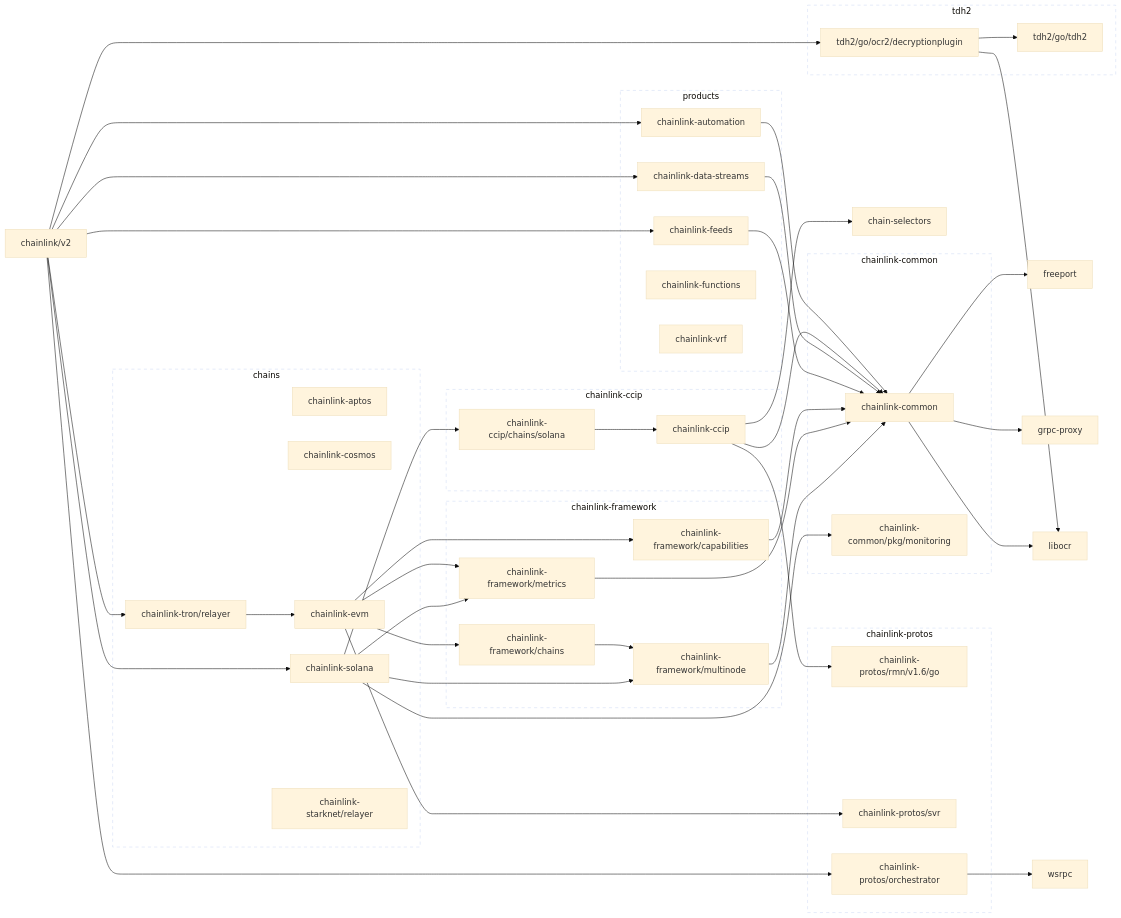
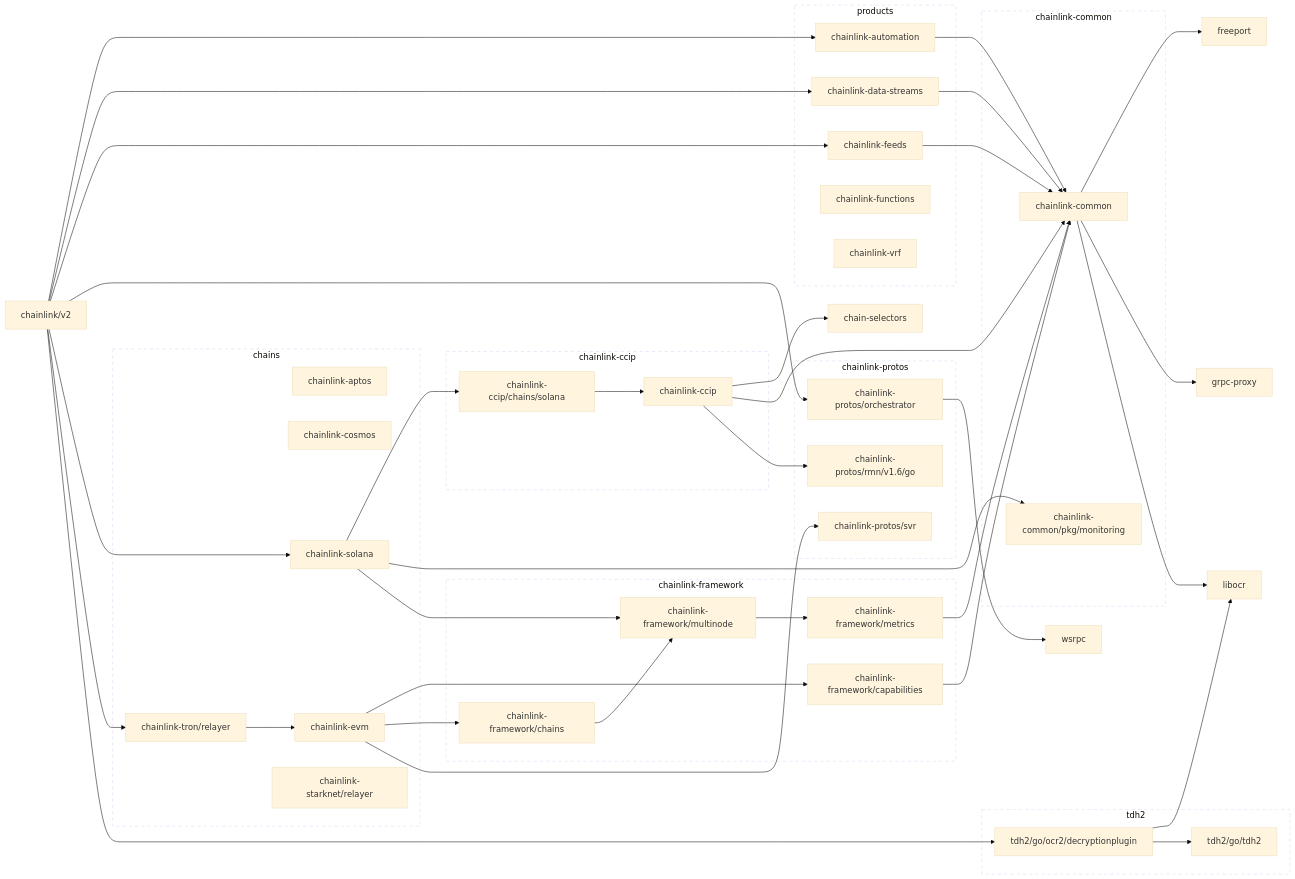
The first of 2 diagrams in go.md (smartcontractkit/chainlink), drawn with Mermaid (base theme) before and after one commit. The commit also changed other lines of this file, not shown here.

```diff
--- a/go.md
+++ b/go.md
@@ -42,7 +42,6 @@
 	click chainlink-data-streams href "https://github.com/smartcontractkit/chainlink-data-streams"
 	chainlink-evm --> chainlink-framework/capabilities
 	chainlink-evm --> chainlink-framework/chains
-	chainlink-evm --> chainlink-framework/metrics
 	chainlink-evm --> chainlink-protos/svr
 	click chainlink-evm href "https://github.com/smartcontractkit/chainlink-evm"
 	chainlink-feeds --> chainlink-common
@@ -53,7 +52,7 @@
 	click chainlink-framework/chains href "https://github.com/smartcontractkit/chainlink-framework"
 	chainlink-framework/metrics --> chainlink-common
 	click chainlink-framework/metrics href "https://github.com/smartcontractkit/chainlink-framework"
-	chainlink-framework/multinode --> chainlink-common
+	chainlink-framework/multinode --> chainlink-framework/metrics
 	click chainlink-framework/multinode href "https://github.com/smartcontractkit/chainlink-framework"
 	chainlink-protos/orchestrator --> wsrpc
 	click chainlink-protos/orchestrator href "https://github.com/smartcontractkit/chainlink-protos"
@@ -63,7 +62,6 @@
 	click chainlink-protos/svr href "https://github.com/smartcontractkit/chainlink-protos"
 	chainlink-solana --> chainlink-ccip/chains/solana
 	chainlink-solana --> chainlink-common/pkg/monitoring
-	chainlink-solana --> chainlink-framework/metrics
 	chainlink-solana --> chainlink-framework/multinode
 	click chainlink-solana href "https://github.com/smartcontractkit/chainlink-solana"
 	chainlink-tron/relayer --> chainlink-evm
```
